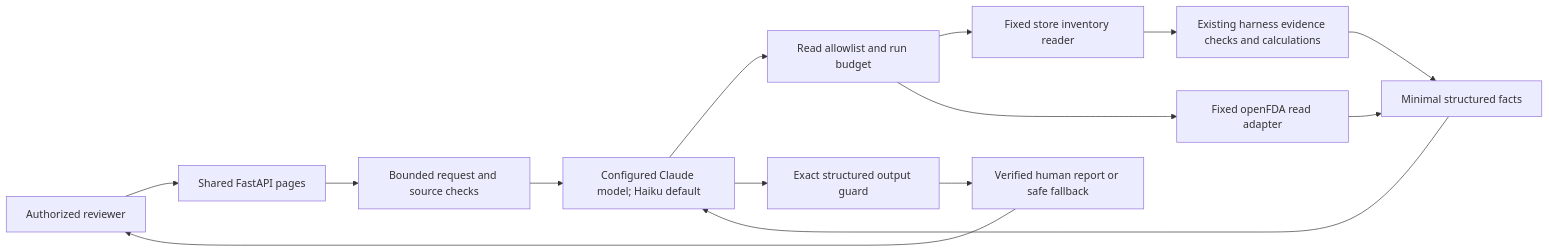
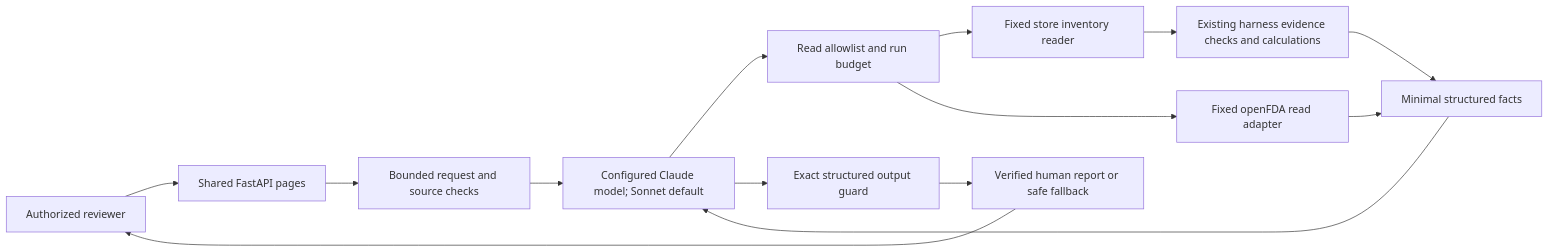
Before and after one commit to emmanuelID-cmd/Pharmacy-AGENT: the diagram in docs/architecture/Pharmacy-Web-Agent-Architecture.md, drawn with Mermaid. The commit also changed 9 other files, not shown here.

First line of the commit message:
chore(model): default Claude runtime to Sonnet 5.5

````diff
--- a/docs/architecture/Pharmacy-Web-Agent-Architecture.md
+++ b/docs/architecture/Pharmacy-Web-Agent-Architecture.md
@@ -6,16 +6,16 @@
 ```mermaid
 flowchart LR
     User[Authorized reviewer] --> Web[Shared FastAPI pages]
     Web --> Intake[Bounded request and source checks]
-    Intake --> Claude[Configured Claude model; Haiku default]
+    Intake --> Claude[Configured Claude model; Sonnet default]
     Claude --> Guard[Read allowlist and run budget]
     Guard --> Inventory[Fixed store inventory reader]
     Guard --> FDA[Fixed openFDA read adapter]
     Inventory --> Verify[Existing harness evidence checks and calculations]
     Verify --> Context[Minimal structured facts]
     FDA --> Context
     Context --> Claude
     Claude --> Output[Exact structured output guard]
     Output --> Report[Verified human report or safe fallback]
     Report --> User
 ```
````
